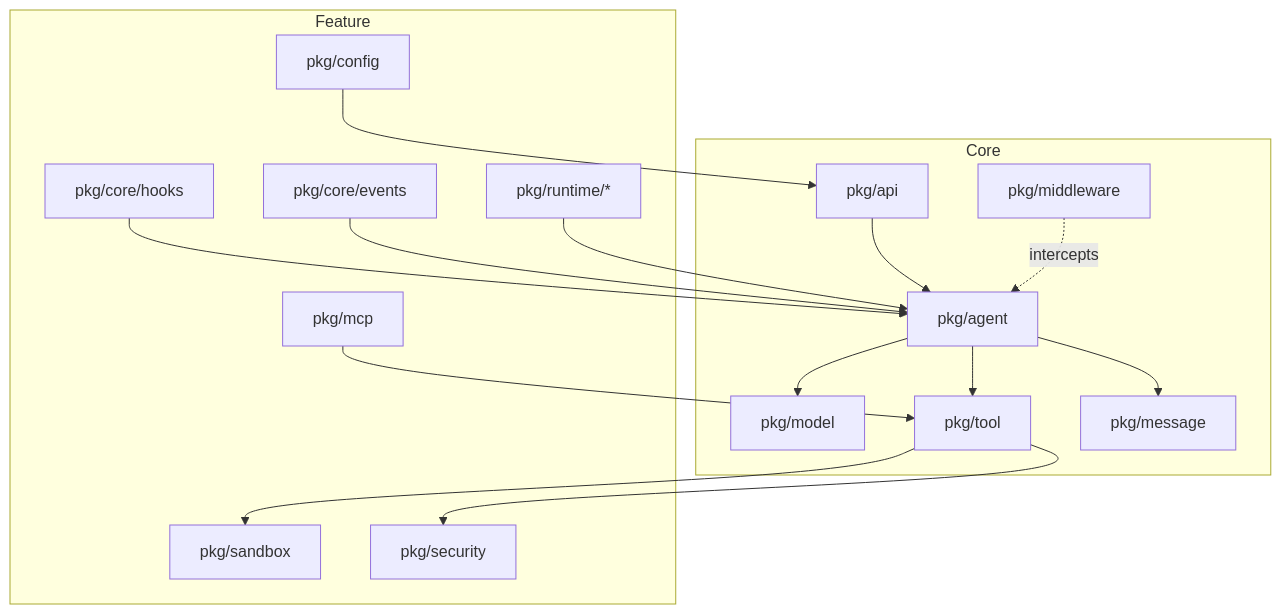
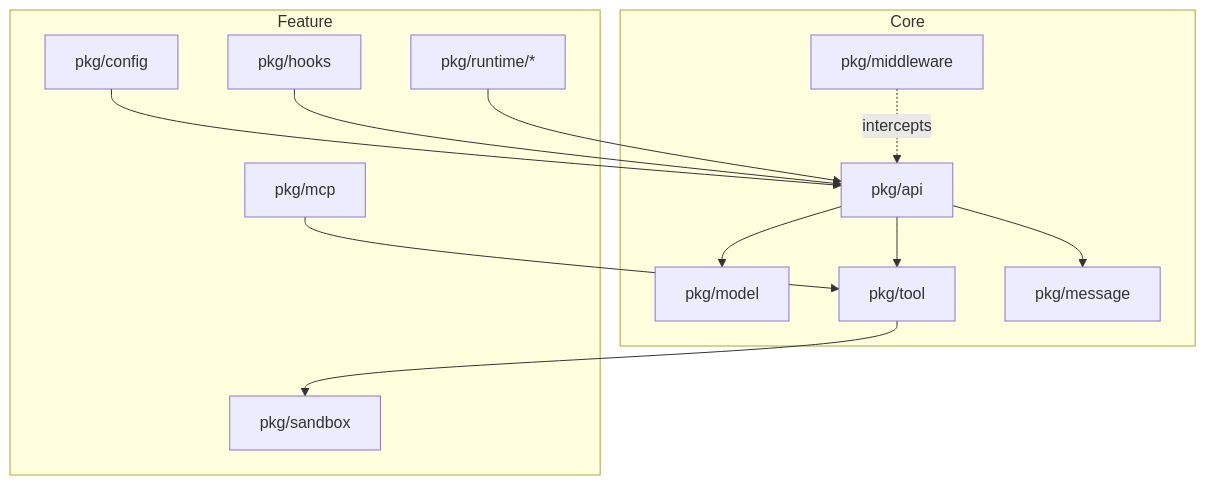
The diagram in README.md (stellarlinkco/agentsdk-go), drawn with Mermaid before and after one commit. The commit also changed other lines of this file and 16 other files, not shown here.

````diff
--- a/README.md
+++ b/README.md
@@ -70,28 +67,23 @@
 ```mermaid
 flowchart TB
   subgraph Core
-    API[pkg/api] --> Agent[pkg/agent]
-    Agent --> Model[pkg/model]
-    Agent --> Tool[pkg/tool]
-    Agent --> Message[pkg/message]
-    Middleware[pkg/middleware] -. intercepts .-> Agent
+    API[pkg/api] --> Model[pkg/model]
+    API --> Tool[pkg/tool]
+    API --> Message[pkg/message]
+    Middleware[pkg/middleware] -. intercepts .-> API
   end
 
   subgraph Feature
     Config[pkg/config]
-    Hooks[pkg/core/hooks]
-    Events[pkg/core/events]
+    Hooks[pkg/hooks]
     Runtime[pkg/runtime/*]
     MCP[pkg/mcp]
     Sandbox[pkg/sandbox]
-    Security[pkg/security]
   end
 
   Config --> API
-  Hooks --> Agent
-  Events --> Agent
-  Runtime --> Agent
+  Hooks --> API
+  Runtime --> API
   MCP --> Tool
   Tool --> Sandbox
-  Tool --> Security
 ```
````
